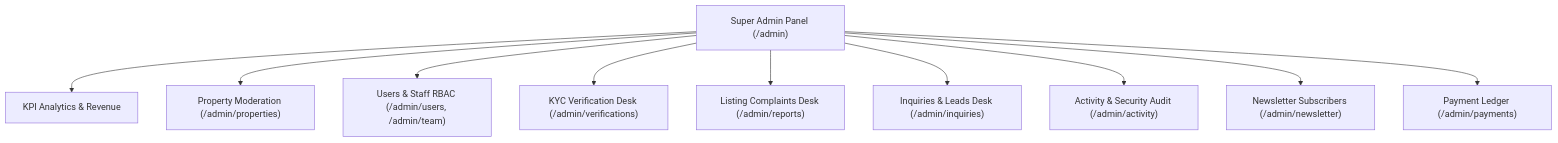
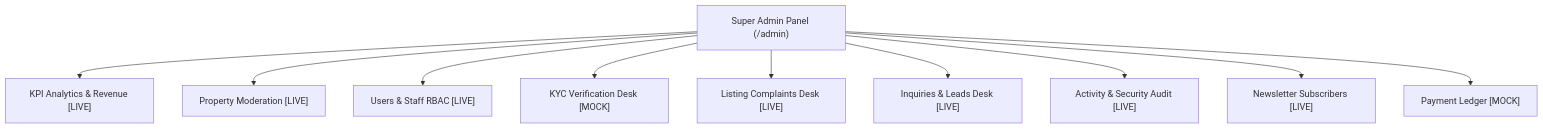
The second of 2 diagrams in FEATURES.md (akhilkumar72665/PrimeHomeKanpur), drawn with Mermaid before and after one commit. The commit also changed other lines of this file and 88 other files, not shown here.

````diff
--- a/FEATURES.md
+++ b/FEATURES.md
@@ -87,13 +83,13 @@
 ```mermaid
 graph TD
     Admin["Super Admin Panel (/admin)"]
-    Admin --> Analytics["KPI Analytics & Revenue"]
-    Admin --> PropMod["Property Moderation (/admin/properties)"]
-    Admin --> UserRBAC["Users & Staff RBAC (/admin/users, /admin/team)"]
-    Admin --> Verif["KYC Verification Desk (/admin/verifications)"]
-    Admin --> Reports["Listing Complaints Desk (/admin/reports)"]
-    Admin --> InqDesk["Inquiries & Leads Desk (/admin/inquiries)"]
-    Admin --> AuditLog["Activity & Security Audit (/admin/activity)"]
-    Admin --> NewsDesk["Newsletter Subscribers (/admin/newsletter)"]
-    Admin --> PayDesk["Payment Ledger (/admin/payments)"]
+    Admin --> Analytics["KPI Analytics & Revenue [LIVE]"]
+    Admin --> PropMod["Property Moderation [LIVE]"]
+    Admin --> UserRBAC["Users & Staff RBAC [LIVE]"]
+    Admin --> Verif["KYC Verification Desk [MOCK]"]
+    Admin --> Reports["Listing Complaints Desk [LIVE]"]
+    Admin --> InqDesk["Inquiries & Leads Desk [LIVE]"]
+    Admin --> AuditLog["Activity & Security Audit [LIVE]"]
+    Admin --> NewsDesk["Newsletter Subscribers [LIVE]"]
+    Admin --> PayDesk["Payment Ledger [MOCK]"]
 ```
````
